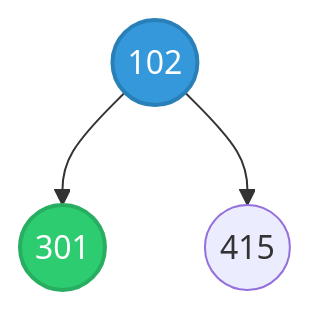
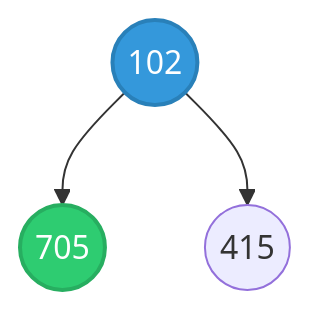
Before and after one commit to HououinOlaf/mineria-de-datos: the diagram in graphs.md, drawn with Mermaid.

Commit message:
Update flowchart to replace node 301 with 705

````diff
--- a/graphs.md
+++ b/graphs.md
@@ -2,8 +2,8 @@
 ```mermaid
 flowchart TD
-    102((102))-->301((301))
+    102((102))-->705((705))
     102((102))-->415((415))
 
     style 102 fill:#3498db,stroke:#2980b9,stroke-width:2px,color:#fff
-    style 301 fill:#2ecc71,stroke:#27ae60,stroke-width:2px,color:#fff
+    style 705 fill:#2ecc71,stroke:#27ae60,stroke-width:2px,color:#fff
 ```
````
